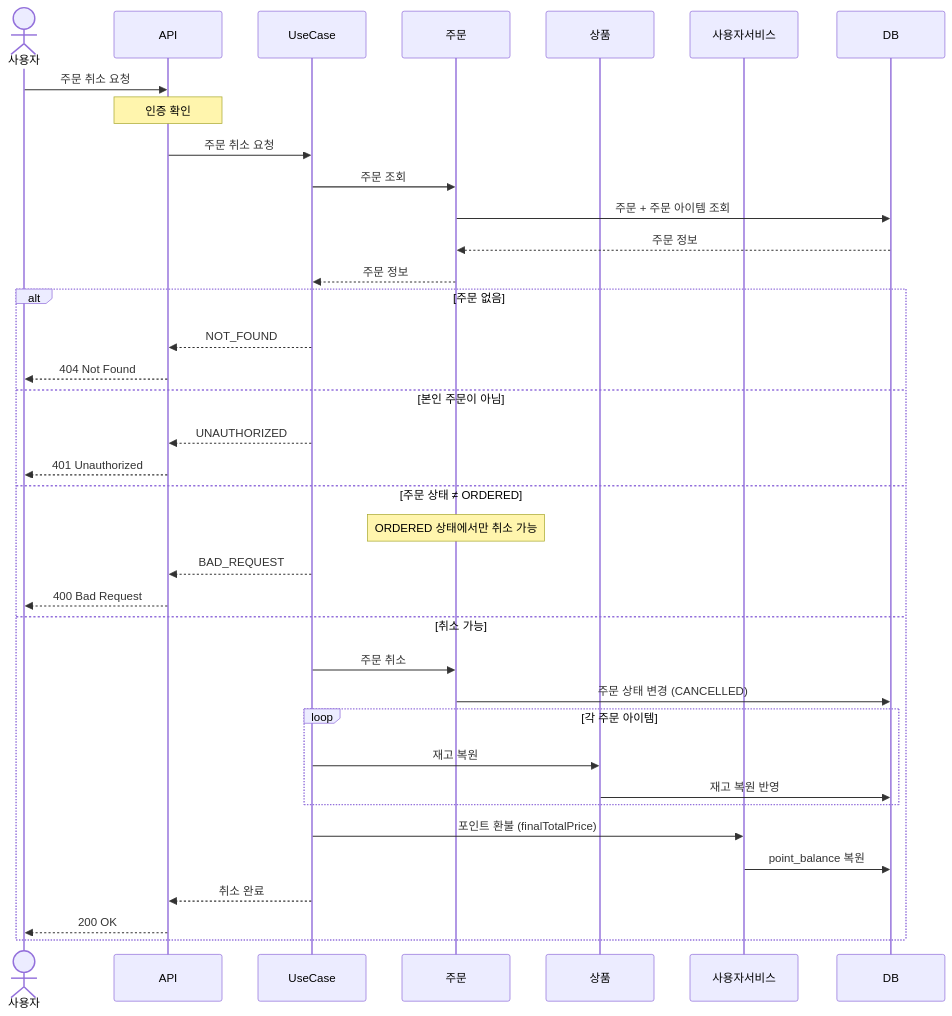
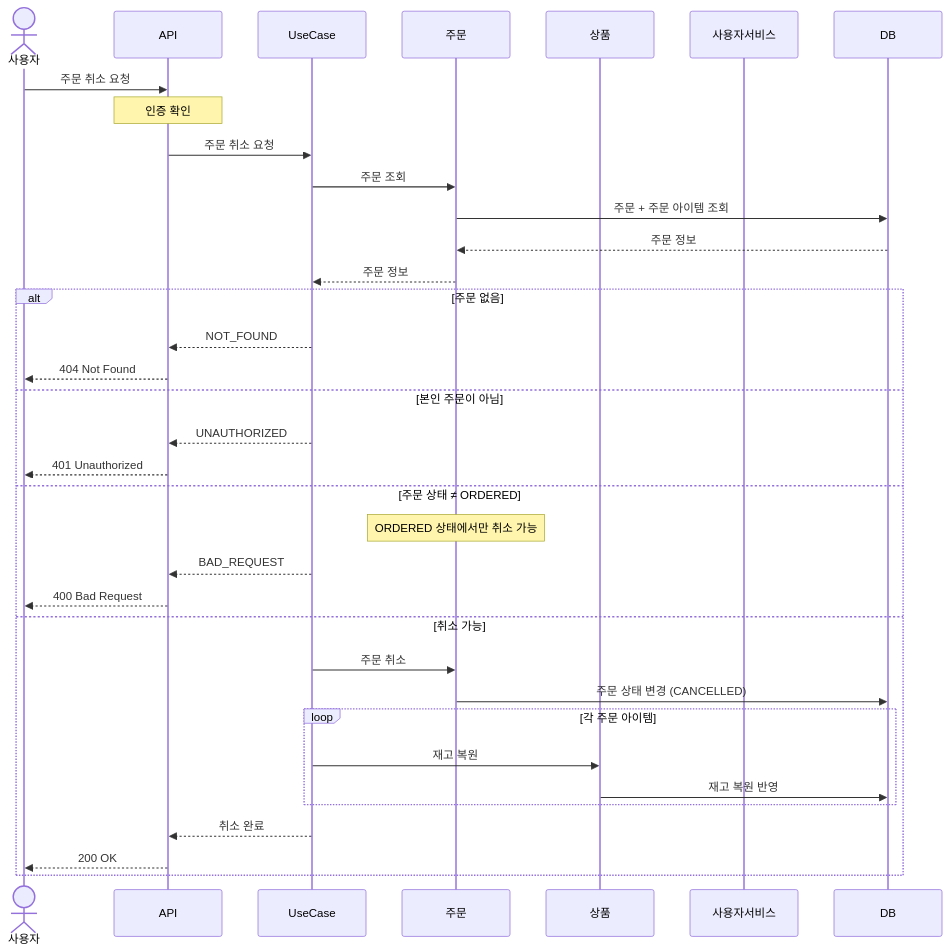
Diagram 16 of 22 in docs/design/02-sequence-diagrams.md (najang/loop-pack-be-l2-vol3-java), drawn with Mermaid before and after one commit. The commit also changed other lines of this file and 5 other files, not shown here.

````diff
--- a/docs/design/02-sequence-diagrams.md
+++ b/docs/design/02-sequence-diagrams.md
@@ -706,46 +661,43 @@
 ```mermaid
 sequenceDiagram
     actor 사용자
     participant API
     participant UseCase
     participant 주문
     participant 상품
     participant 사용자서비스
     participant DB
 
     사용자->>API: 주문 취소 요청
     Note over API: 인증 확인
 
     API->>UseCase: 주문 취소 요청
 
     UseCase->>주문: 주문 조회
     주문->>DB: 주문 + 주문 아이템 조회
     DB-->>주문: 주문 정보
     주문-->>UseCase: 주문 정보
 
     alt 주문 없음
         UseCase-->>API: NOT_FOUND
         API-->>사용자: 404 Not Found
     else 본인 주문이 아님
         UseCase-->>API: UNAUTHORIZED
         API-->>사용자: 401 Unauthorized
     else 주문 상태 ≠ ORDERED
         Note over 주문: ORDERED 상태에서만 취소 가능
         UseCase-->>API: BAD_REQUEST
         API-->>사용자: 400 Bad Request
     else 취소 가능
         UseCase->>주문: 주문 취소
         주문->>DB: 주문 상태 변경 (CANCELLED)
 
         loop 각 주문 아이템
             UseCase->>상품: 재고 복원
             상품->>DB: 재고 복원 반영
         end
 
-        UseCase->>사용자서비스: 포인트 환불 (finalTotalPrice)
-        사용자서비스->>DB: point_balance 복원
-
         UseCase-->>API: 취소 완료
         API-->>사용자: 200 OK
     end
 ```
````
